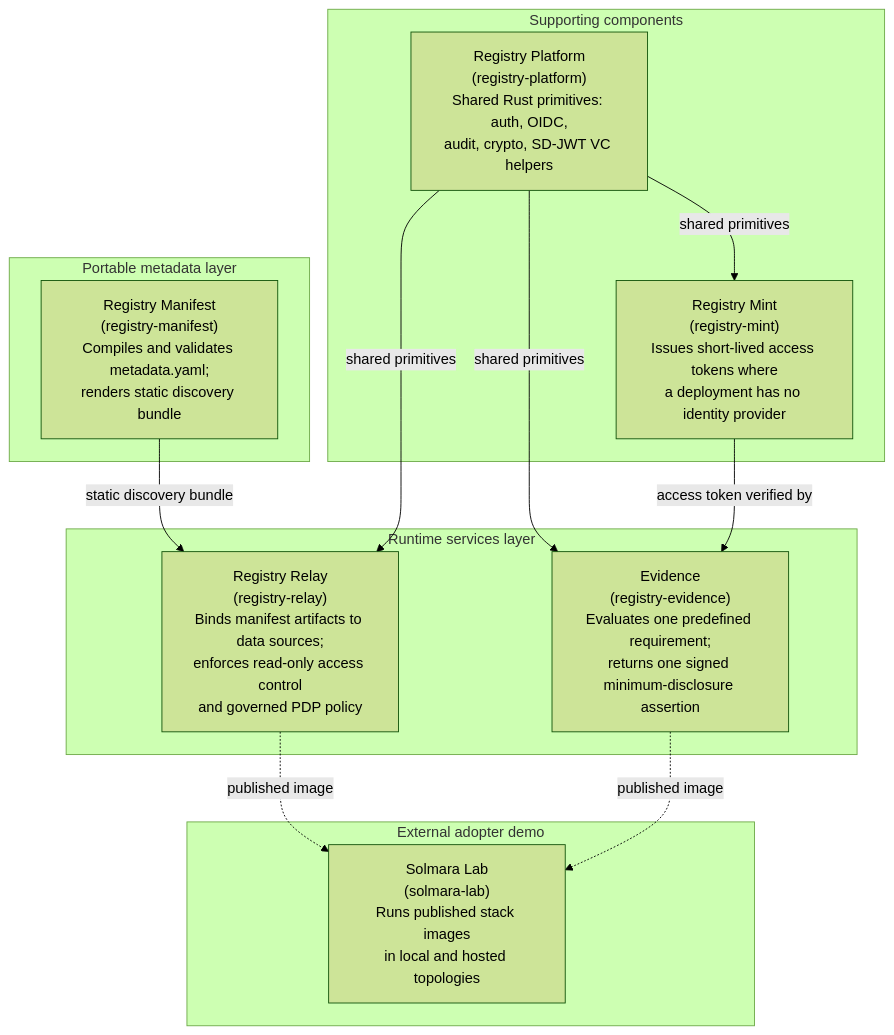
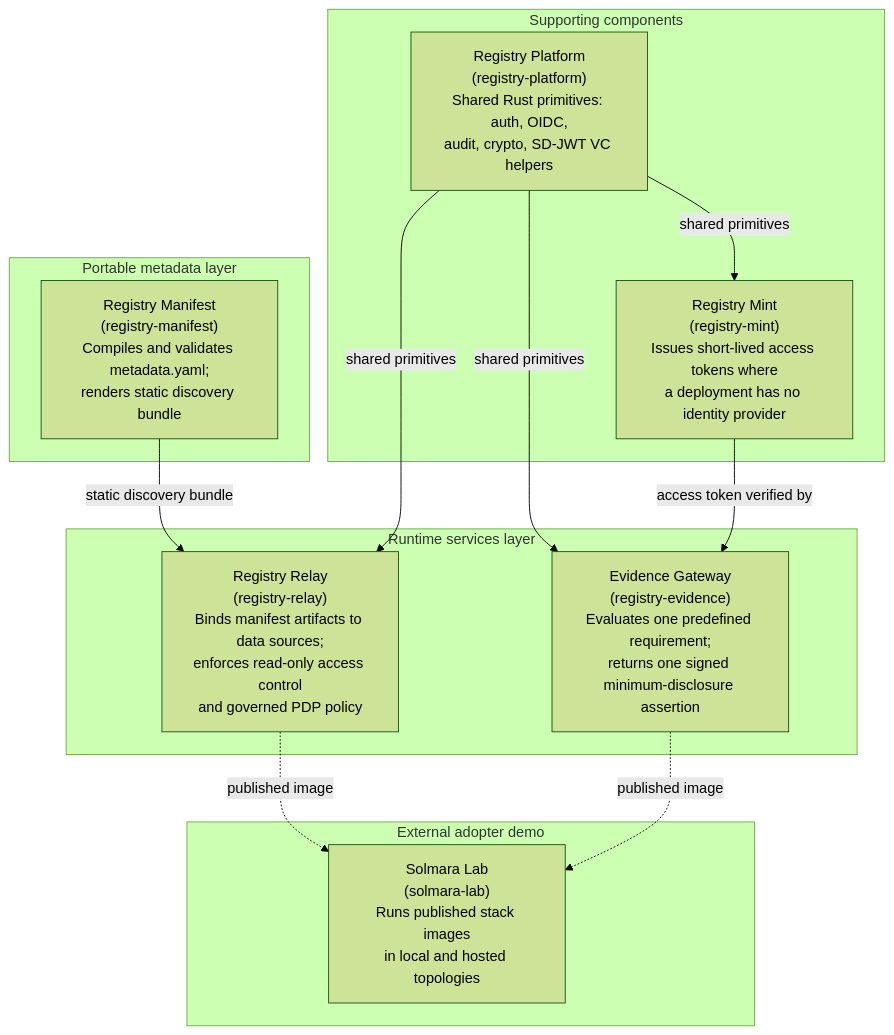
Before and after one commit to registrystack/registry-stack: the diagram in docs/site/src/content/docs/spec/rs-arc-g.mdx, drawn with Mermaid (forest theme). The commit also changed other lines of this file and 98 other files, not shown here.

Commit message:
docs(evidence): reorganize Evidence Gateway guidance

````diff
--- a/docs/site/src/content/docs/spec/rs-arc-g.mdx
+++ b/docs/site/src/content/docs/spec/rs-arc-g.mdx
@@ -88,28 +88,28 @@
 ```mermaid
 flowchart TD
     subgraph portable["Portable metadata layer"]
         manifest["Registry Manifest<br/>(registry-manifest)<br/>Compiles and validates metadata.yaml;<br/>renders static discovery bundle"]
     end
 
     subgraph runtime["Runtime services layer"]
         relay["Registry Relay<br/>(registry-relay)<br/>Binds manifest artifacts to data sources;<br/>enforces read-only access control<br/>and governed PDP policy"]
-        evidence["Evidence<br/>(registry-evidence)<br/>Evaluates one predefined requirement;<br/>returns one signed minimum-disclosure assertion"]
+        evidence["Evidence Gateway<br/>(registry-evidence)<br/>Evaluates one predefined requirement;<br/>returns one signed minimum-disclosure assertion"]
     end
 
     subgraph support["Supporting components"]
         platform["Registry Platform<br/>(registry-platform)<br/>Shared Rust primitives: auth, OIDC,<br/>audit, crypto, SD-JWT VC helpers"]
         mint["Registry Mint<br/>(registry-mint)<br/>Issues short-lived access tokens where<br/>a deployment has no identity provider"]
     end
 
     subgraph adopter["External adopter demo"]
         solmara["Solmara Lab<br/>(solmara-lab)<br/>Runs published stack images<br/>in local and hosted topologies"]
     end
 
     manifest -- "static discovery bundle" --> relay
     platform -- "shared primitives" --> relay
     platform -- "shared primitives" --> evidence
     platform -- "shared primitives" --> mint
     mint -- "access token verified by" --> evidence
     relay -. "published image" .-> solmara
     evidence -. "published image" .-> solmara
 ```
````
